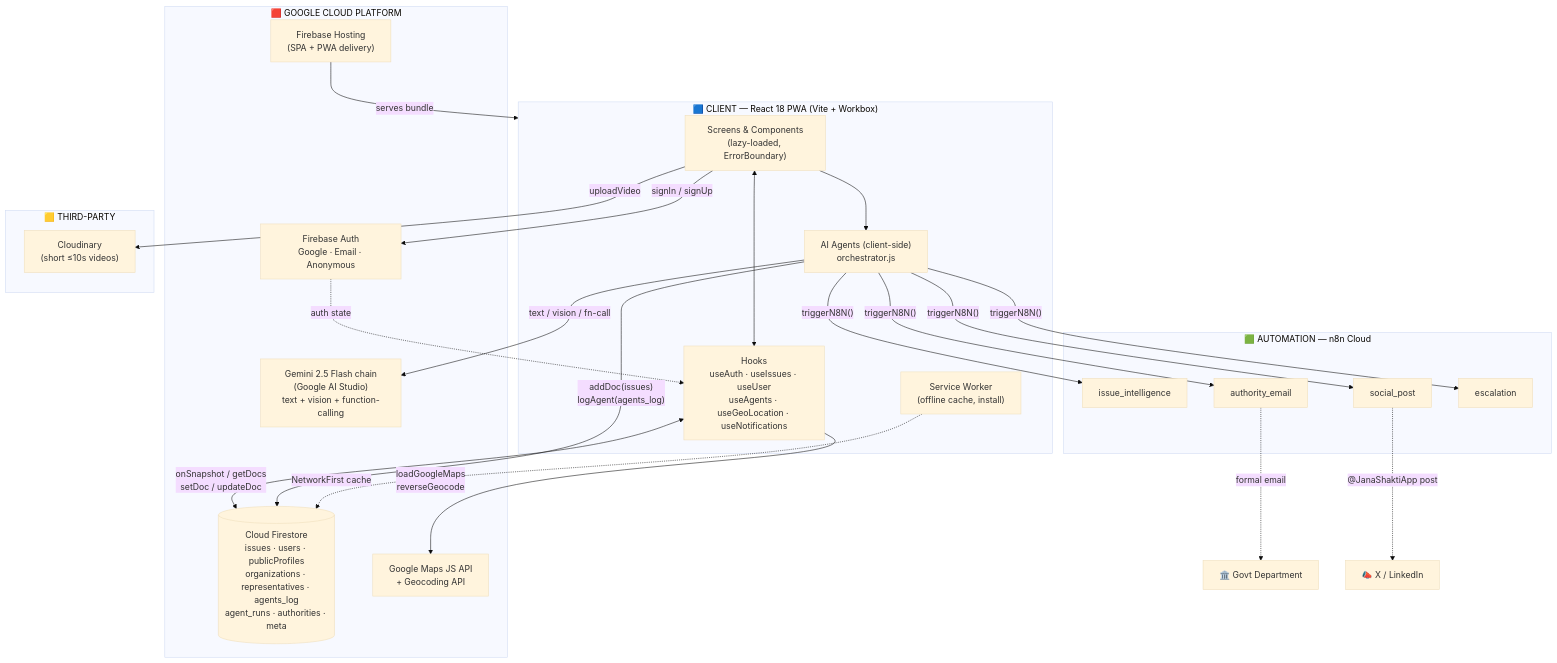
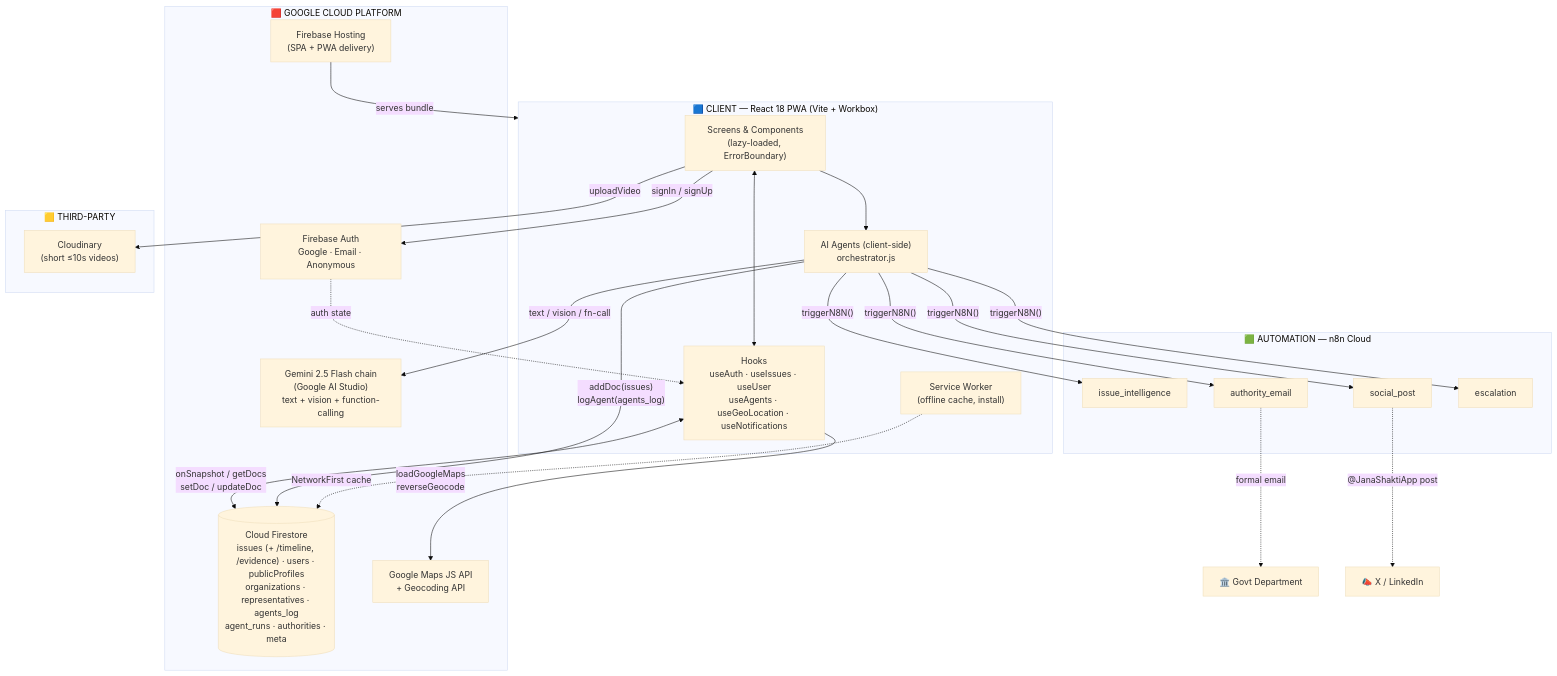
One commit to siddhesh8k/janashakti changed the first of 15 diagrams in docs/ARCHITECTURE.md. Above: the diagram before and after it, drawn with Mermaid (base theme). The commit also changed other lines of this file and 4 other files, not shown here.

````diff
--- a/docs/ARCHITECTURE.md
+++ b/docs/ARCHITECTURE.md
@@ -41,44 +41,44 @@
 ```mermaid
 flowchart TB
     subgraph Client["🟦 CLIENT — React 18 PWA (Vite + Workbox)"]
         UI["Screens & Components<br/>(lazy-loaded, ErrorBoundary)"]
         Hooks["Hooks<br/>useAuth · useIssues · useUser<br/>useAgents · useGeoLocation · useNotifications"]
         Agents["AI Agents (client-side)<br/>orchestrator.js"]
         SW["Service Worker<br/>(offline cache, install)"]
     end
 
     subgraph Google["🟥 GOOGLE CLOUD PLATFORM"]
         Auth["Firebase Auth<br/>Google · Email · Anonymous"]
-        FS[("Cloud Firestore<br/>issues · users · publicProfiles<br/>organizations · representatives · agents_log<br/>agent_runs · authorities · meta")]
+        FS[("Cloud Firestore<br/>issues (+ /timeline, /evidence) · users · publicProfiles<br/>organizations · representatives · agents_log<br/>agent_runs · authorities · meta")]
         Host["Firebase Hosting<br/>(SPA + PWA delivery)"]
         Gem["Gemini 2.5 Flash chain<br/>(Google AI Studio)<br/>text + vision + function-calling"]
         Maps["Google Maps JS API<br/>+ Geocoding API"]
     end
 
     subgraph Automation["🟩 AUTOMATION — n8n Cloud"]
         N1["issue_intelligence"]
         N2["authority_email"]
         N3["social_post"]
         N4["escalation"]
     end
 
     subgraph ThirdParty["🟨 THIRD-PARTY"]
         Cloud["Cloudinary<br/>(short ≤10s videos)"]
     end
 
     UI <--> Hooks
     Hooks <-->|"onSnapshot / getDocs<br/>setDoc / updateDoc"| FS
     UI -->|"signIn / signUp"| Auth
     Auth -.->|"auth state"| Hooks
     UI --> Agents
     Agents -->|"text / vision / fn-call"| Gem
     Agents -->|"addDoc(issues)<br/>logAgent(agents_log)"| FS
     Agents -->|"triggerN8N()"| N1 & N2 & N3 & N4
     Hooks -->|"loadGoogleMaps<br/>reverseGeocode"| Maps
     UI -->|"uploadVideo"| Cloud
     Host -->|"serves bundle"| Client
     SW -.->|"NetworkFirst cache"| FS
 
     N2 -.->|"formal email"| Dept["🏛️ Govt Department"]
     N3 -.->|"@JanaShaktiApp post"| Social["📣 X / LinkedIn"]
 ```
````
